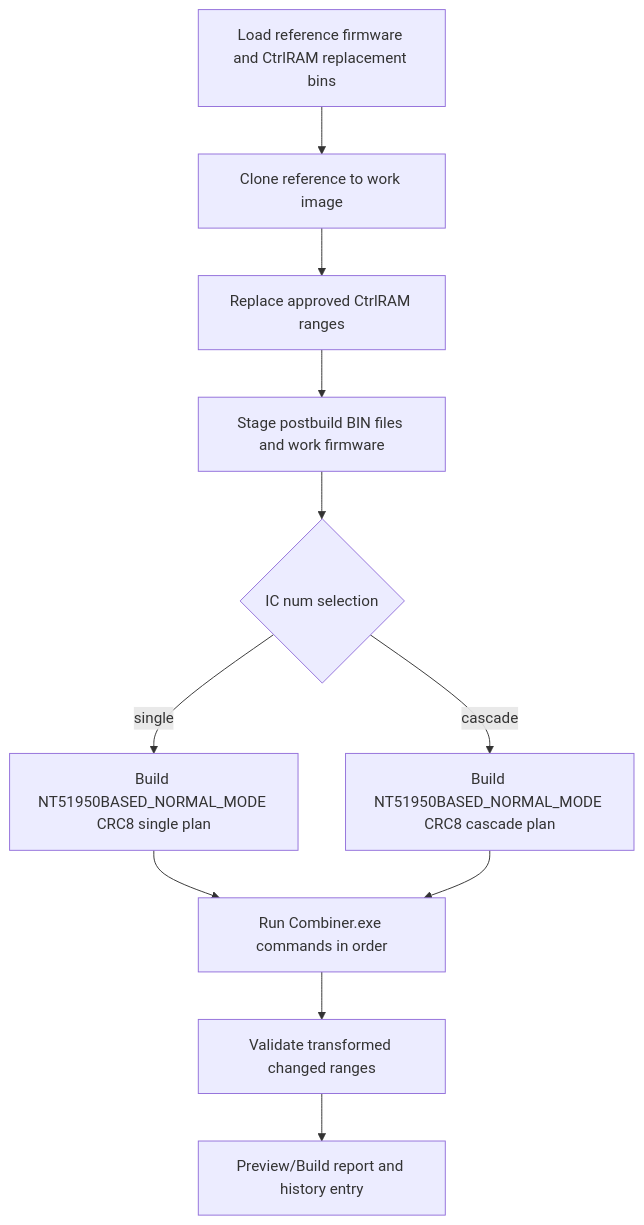
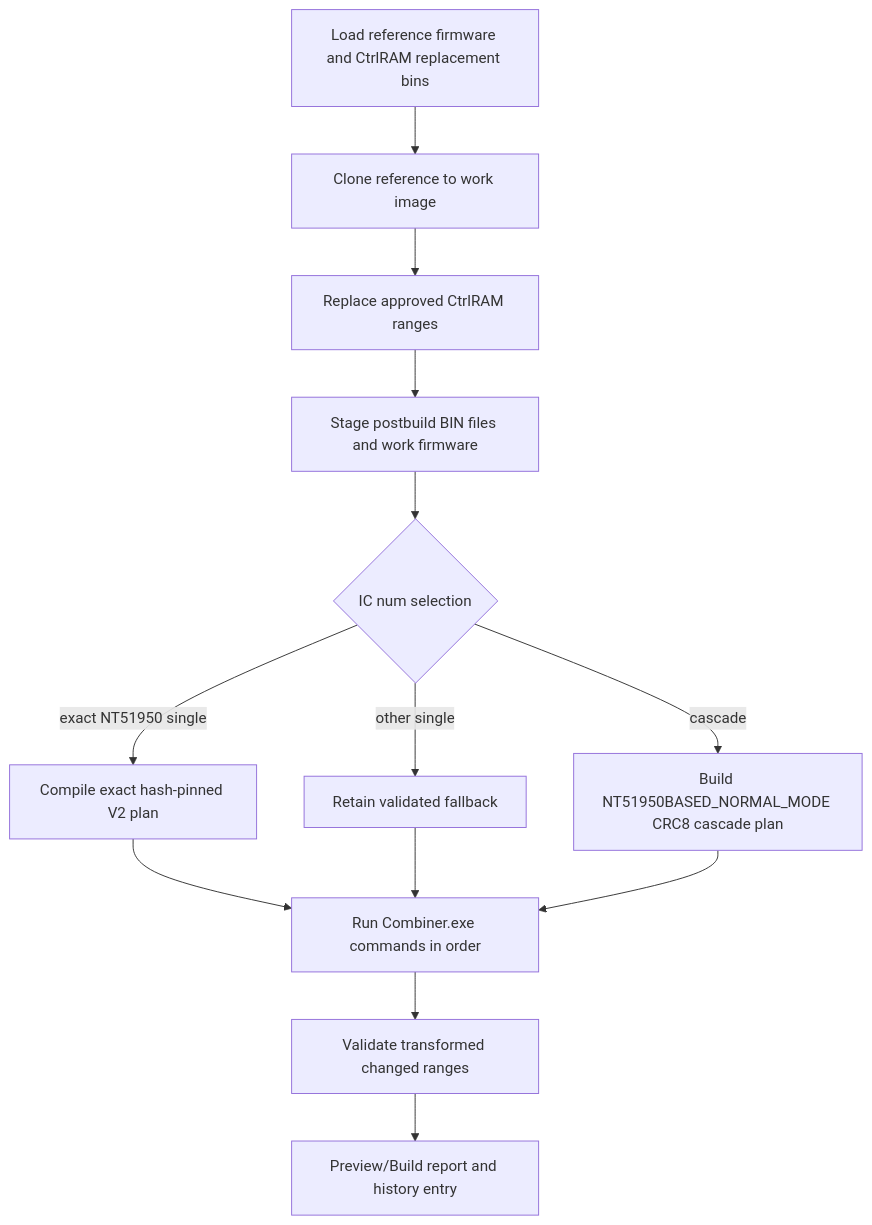
Diagram 12 of 13 in docs/architecture/ic-workflow-flowcharts.md (Dennis40816/nvt_fw_combiner), drawn with Mermaid before and after one commit. The commit also changed other lines of this file and 21 other files, not shown here.

Commit message:
feat(ctrlram): route exact NT51950 single through V2

````diff
--- a/docs/architecture/ic-workflow-flowcharts.md
+++ b/docs/architecture/ic-workflow-flowcharts.md
@@ -297,13 +297,15 @@
 ```mermaid
 flowchart TD
     A["Load reference firmware and CtrlRAM replacement bins"] --> B["Clone reference to work image"]
     B --> C["Replace approved CtrlRAM ranges"]
     C --> D["Stage postbuild BIN files and work firmware"]
     D --> E{"IC num selection"}
-    E -- "single" --> F["Build NT51950BASED_NORMAL_MODE CRC8 single plan"]
+    E -- "exact NT51950 single" --> F["Compile exact hash-pinned V2 plan"]
+    E -- "other single" --> L["Retain validated fallback"]
     E -- "cascade" --> G["Build NT51950BASED_NORMAL_MODE CRC8 cascade plan"]
     F --> H["Run Combiner.exe commands in order"]
+    L --> H
     G --> H
     H --> I["Validate transformed changed ranges"]
     I --> J["Preview/Build report and history entry"]
 ```
````
